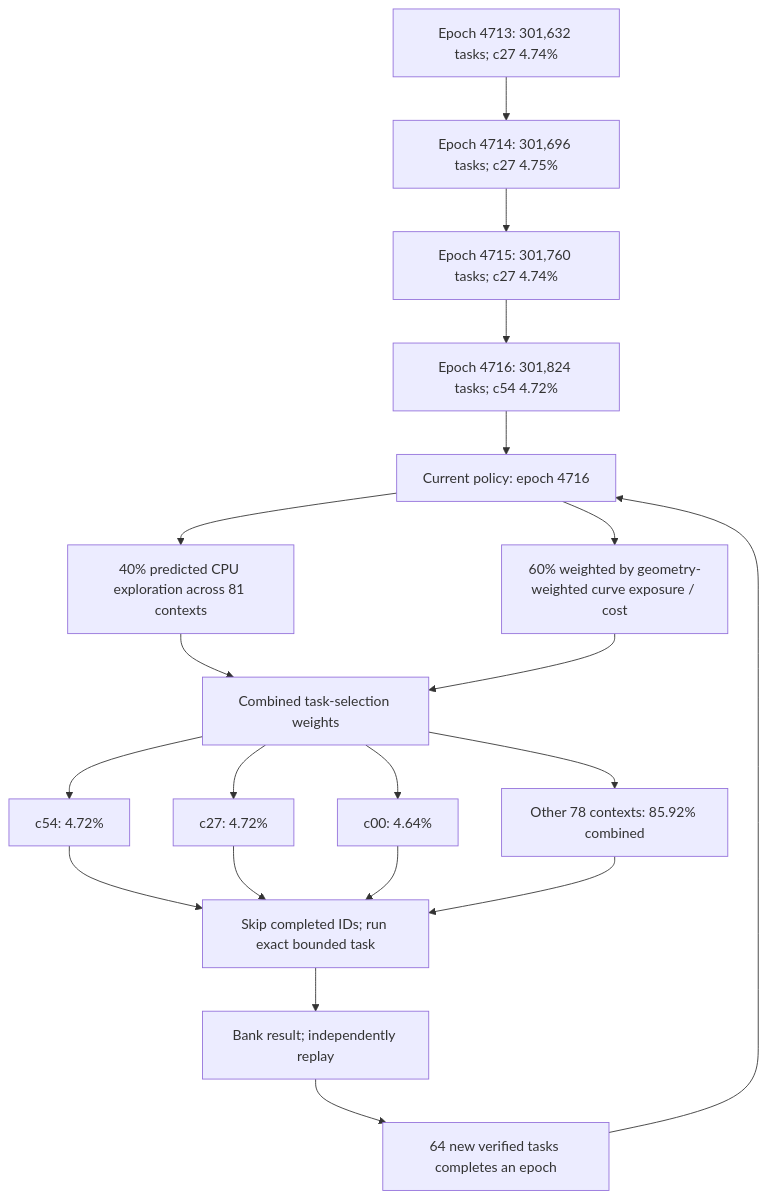
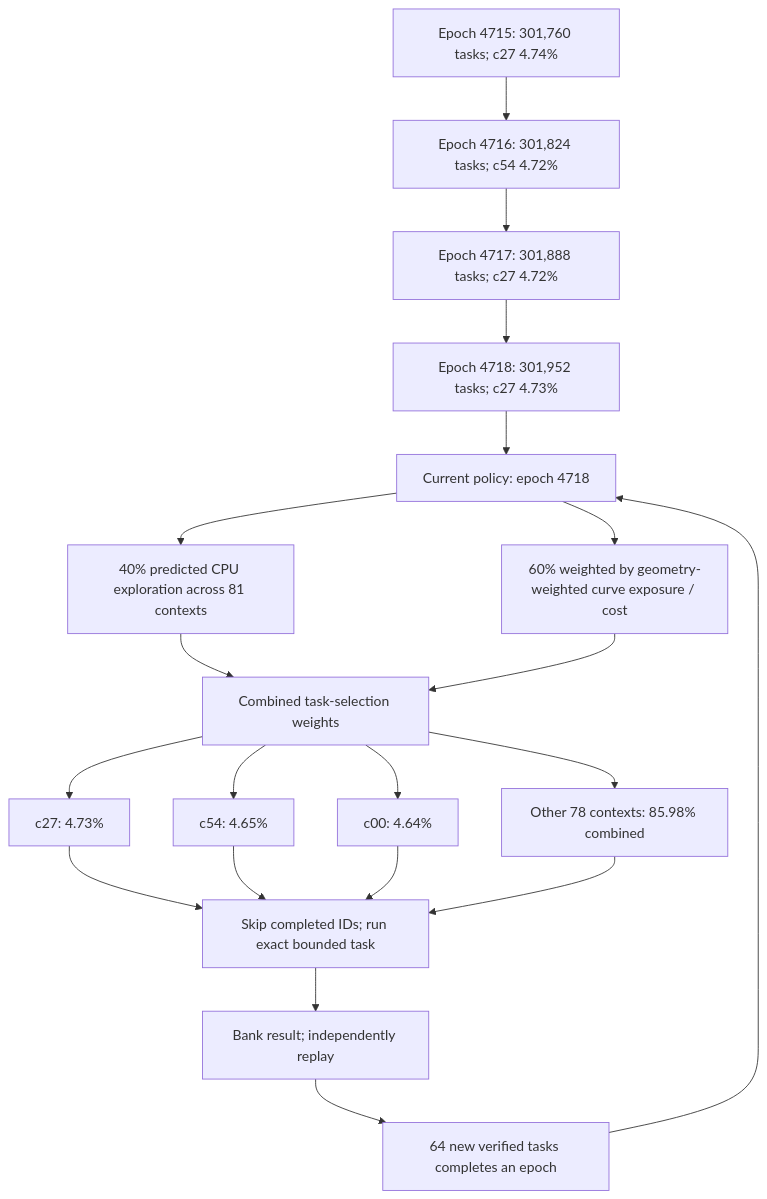
The first of 3 diagrams in README.md (Kuberwastaken/math-gambling), drawn with Mermaid before and after one commit. The commit also changed other lines of this file and 340 other files, not shown here.

````diff
--- a/README.md
+++ b/README.md
@@ -60,27 +60,27 @@
 ```mermaid
 flowchart TD
-    H0["Epoch 4713: 301,632 tasks; c27 4.74%"]
-    H1["Epoch 4714: 301,696 tasks; c27 4.75%"]
+    H0["Epoch 4715: 301,760 tasks; c27 4.74%"]
+    H1["Epoch 4716: 301,824 tasks; c54 4.72%"]
     H0 --> H1
-    H2["Epoch 4715: 301,760 tasks; c27 4.74%"]
+    H2["Epoch 4717: 301,888 tasks; c27 4.72%"]
     H1 --> H2
-    H3["Epoch 4716: 301,824 tasks; c54 4.72%"]
+    H3["Epoch 4718: 301,952 tasks; c27 4.73%"]
     H2 --> H3
-    Policy["Current policy: epoch 4716"]
+    Policy["Current policy: epoch 4718"]
     H3 --> Policy
     Policy --> Explore["40% predicted CPU exploration across 81 contexts"]
     Policy --> Cost["60% weighted by geometry-weighted curve exposure / cost"]
     Explore --> Mix["Combined task-selection weights"]
     Cost --> Mix
-    Mix --> C0["c54: 4.72%"]
-    Mix --> C1["c27: 4.72%"]
+    Mix --> C0["c27: 4.73%"]
+    Mix --> C1["c54: 4.65%"]
     Mix --> C2["c00: 4.64%"]
-    Mix --> Rest["Other 78 contexts: 85.92% combined"]
+    Mix --> Rest["Other 78 contexts: 85.98% combined"]
     C0 --> Check["Skip completed IDs; run exact bounded task"]
     C1 --> Check
     C2 --> Check
     Rest --> Check
     Check --> Replay["Bank result; independently replay"]
     Replay --> Gate["64 new verified tasks completes an epoch"]
     Gate --> Policy
 ```
````
